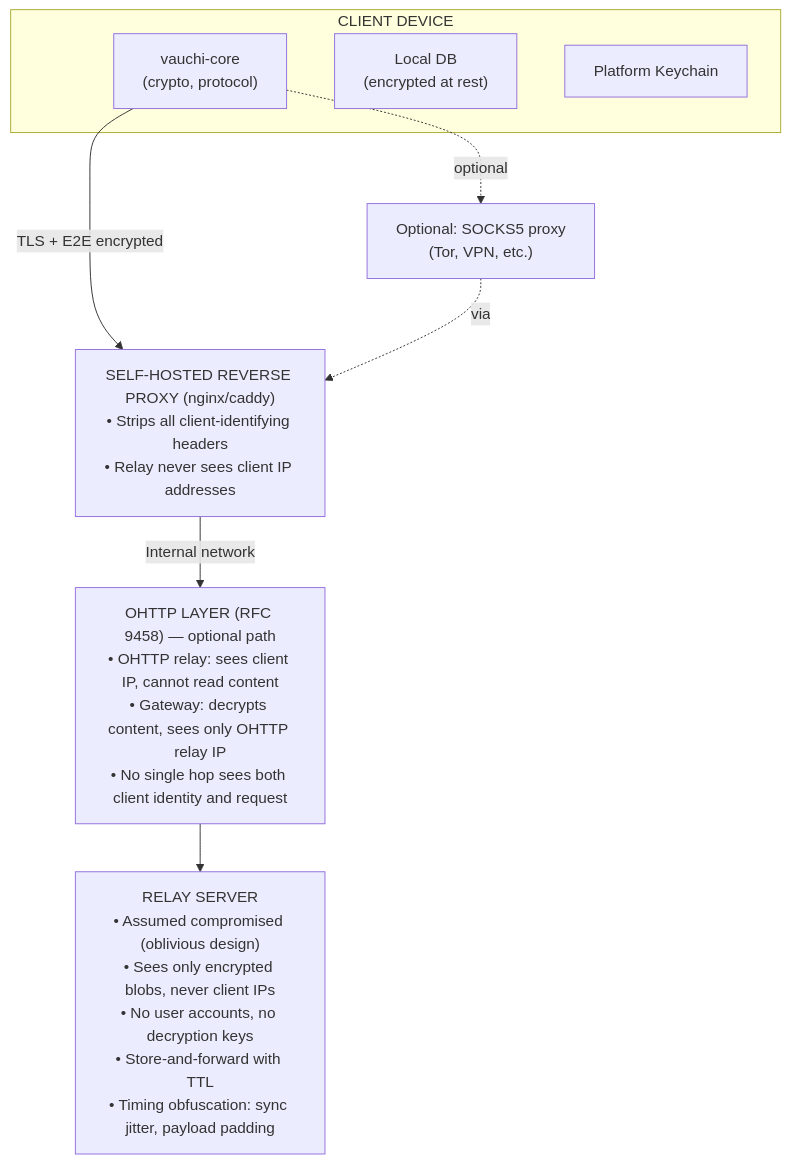
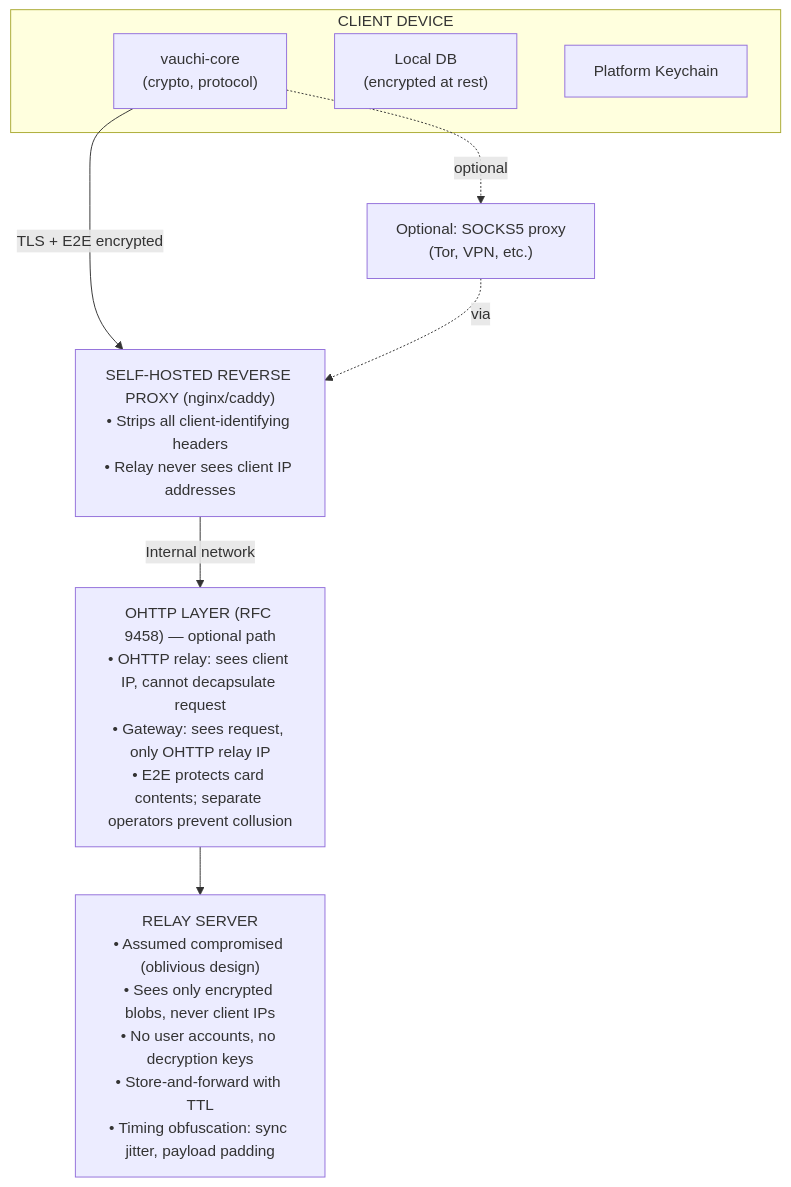
Before and after one commit to vauchi/docs: the diagram in src/developers/threat-model.md, drawn with Mermaid. The commit also changed other lines of this file and 6 other files, not shown here.

````diff
--- a/src/developers/threat-model.md
+++ b/src/developers/threat-model.md
@@ -28,22 +28,22 @@
 ```mermaid
 flowchart TB
     subgraph Client["CLIENT DEVICE"]
         Core["vauchi-core<br/>(crypto, protocol)"]
         DB["Local DB<br/>(encrypted at rest)"]
         KC["Platform Keychain"]
     end
 
     Socks["Optional: SOCKS5 proxy<br/>(Tor, VPN, etc.)"]
 
     Proxy["SELF-HOSTED REVERSE PROXY (nginx/caddy)<br/>• Strips all client-identifying headers<br/>• Relay never sees client IP addresses"]
 
-    OHTTP["OHTTP LAYER (RFC 9458) — optional path<br/>• OHTTP relay: sees client IP, cannot read content<br/>• Gateway: decrypts content, sees only OHTTP relay IP<br/>• No single hop sees both client identity and request"]
+    OHTTP["OHTTP LAYER (RFC 9458) — optional path<br/>• OHTTP relay: sees client IP, cannot decapsulate request<br/>• Gateway: sees request, only OHTTP relay IP<br/>• E2E protects card contents; separate operators prevent collusion"]
 
     Relay["RELAY SERVER<br/>• Assumed compromised (oblivious design)<br/>• Sees only encrypted blobs, never client IPs<br/>• No user accounts, no decryption keys<br/>• Store-and-forward with TTL<br/>• Timing obfuscation: sync jitter, payload padding"]
 
     Core -- "TLS + E2E encrypted" --> Proxy
     Core -. "optional" .-> Socks
     Socks -. "via" .-> Proxy
     Proxy -- "Internal network" --> OHTTP
     OHTTP --> Relay
 ```
````
